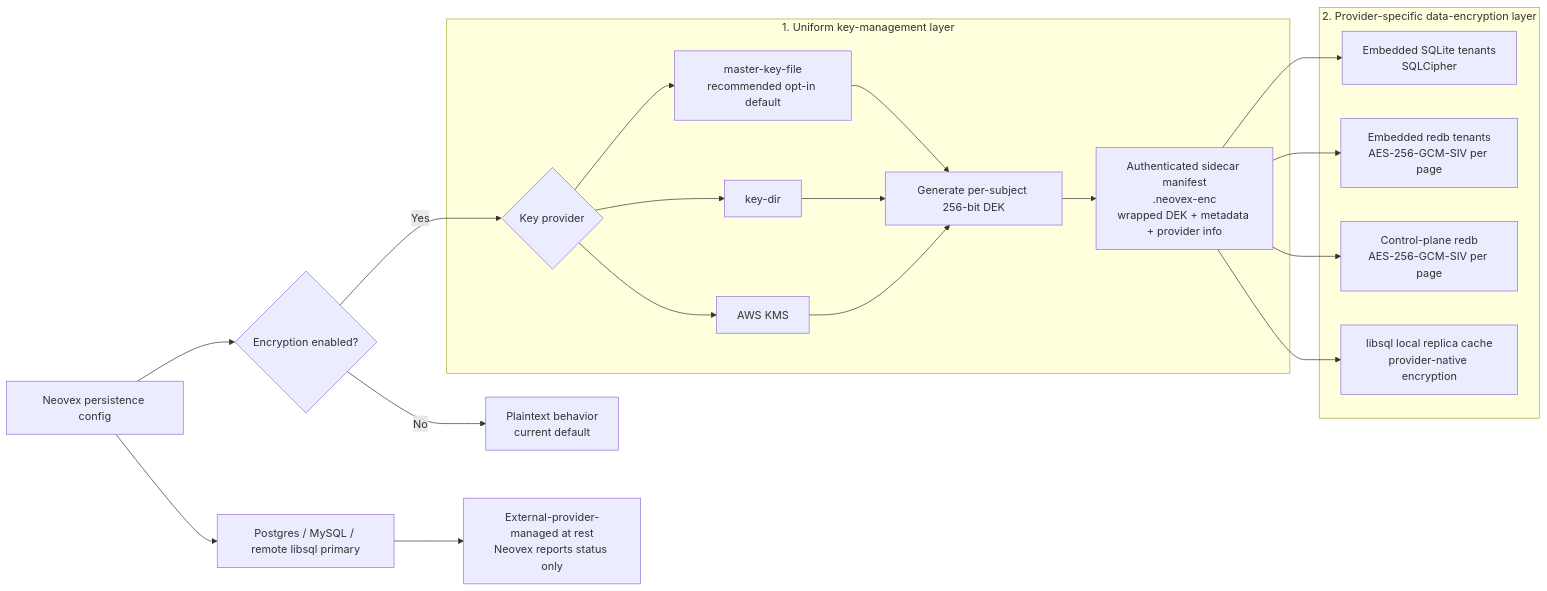
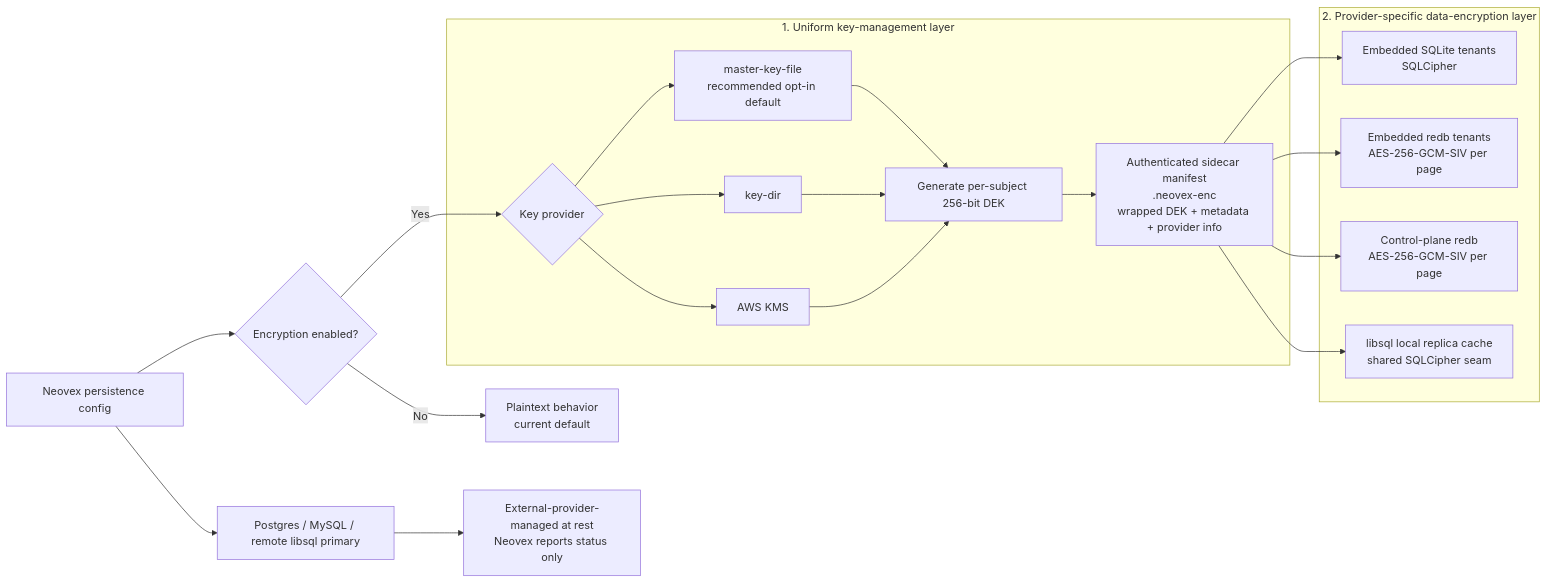
Before and after one commit to nimbus/nimbus: the first of 2 diagrams in docs/architecture/storage/encryption.md, drawn with Mermaid. The commit also changed other lines of this file and 94 other files, not shown here.

Commit message:
Add encryption at rest for local persistence

````diff
--- a/docs/architecture/storage/encryption.md
+++ b/docs/architecture/storage/encryption.md
@@ -85,29 +85,29 @@
 ```mermaid
 flowchart LR
     Start["Neovex persistence config"] --> Mode{"Encryption enabled?"}
     Mode -- "No" --> Plain["Plaintext behavior<br/>current default"]
     Mode -- "Yes" --> KP
 
     subgraph KM["1. Uniform key-management layer"]
         KP{"Key provider"}
         KP --> MKF["master-key-file<br/>recommended opt-in default"]
         KP --> KD["key-dir"]
         KP --> KMS["AWS KMS"]
 
         MKF --> DEK["Generate per-subject 256-bit DEK"]
         KD --> DEK
         KMS --> DEK
 
         DEK --> MAN["Authenticated sidecar manifest<br/>.neovex-enc<br/>wrapped DEK + metadata + provider info"]
     end
 
     subgraph DP["2. Provider-specific data-encryption layer"]
         MAN --> SQ["Embedded SQLite tenants<br/>SQLCipher"]
         MAN --> RT["Embedded redb tenants<br/>AES-256-GCM-SIV per page"]
         MAN --> CP["Control-plane redb<br/>AES-256-GCM-SIV per page"]
-        MAN --> LC["libsql local replica cache<br/>provider-native encryption"]
+        MAN --> LC["libsql local replica cache<br/>shared SQLCipher seam"]
     end
 
     Start --> EXT["Postgres / MySQL / remote libsql primary"]
     EXT --> EXTS["External-provider-managed at rest<br/>Neovex reports status only"]
 ```
````
